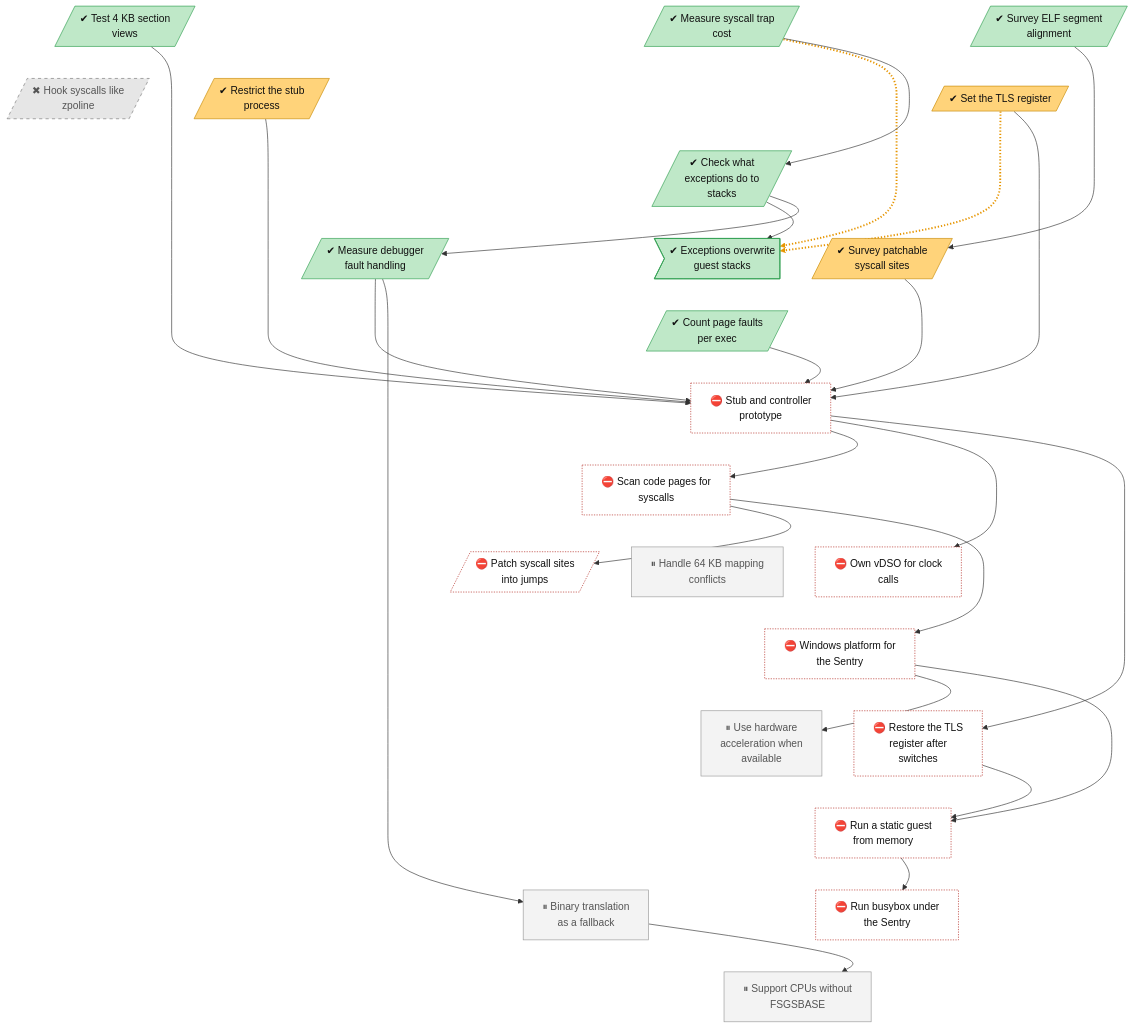
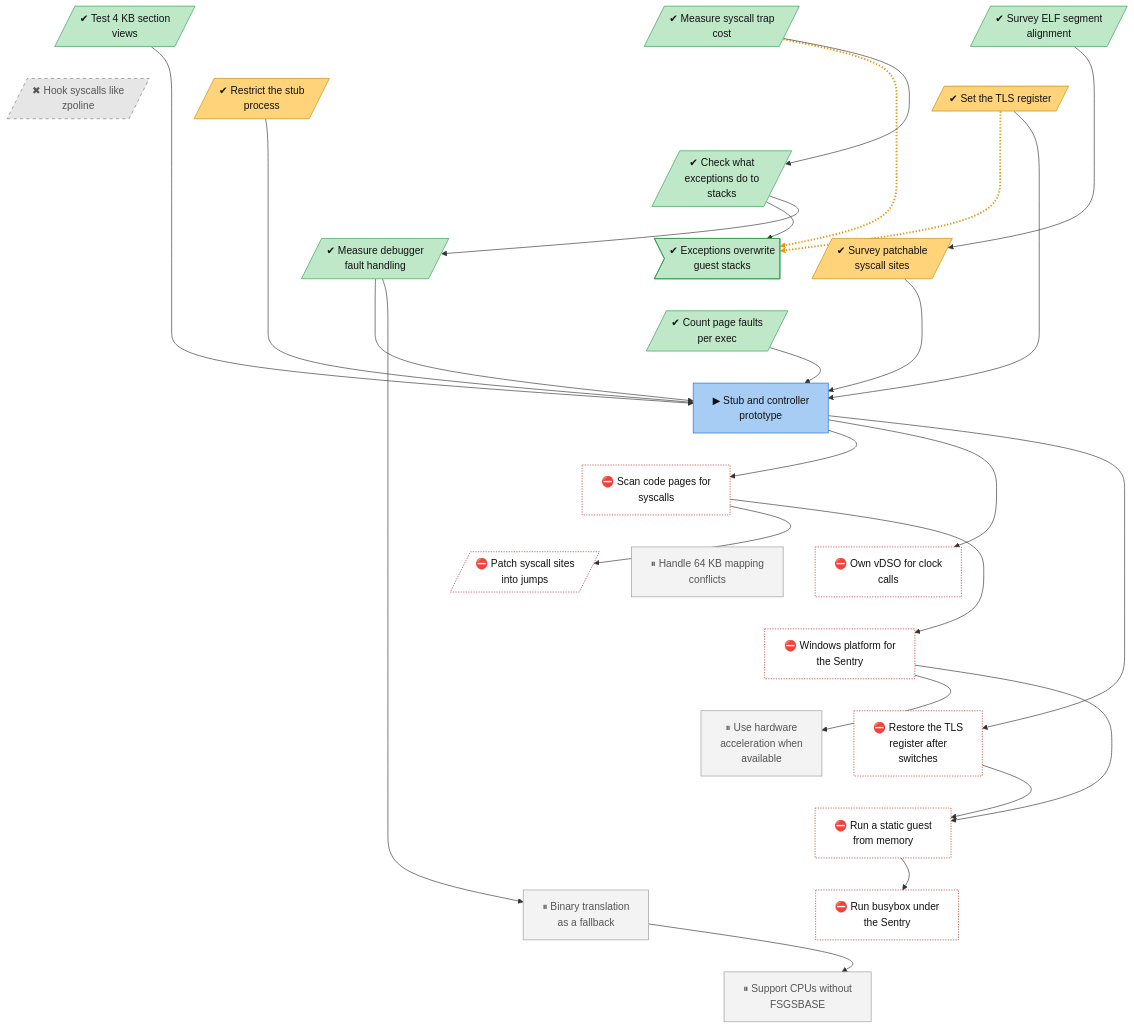
One commit to lhns/gvisor-windows changed the diagram in docs/roadmap/tracks/platform.md. Above: the diagram before and after it, drawn with Mermaid. The commit also changed other lines of this file and 3 other files, not shown here.

Commit message:
Start the stub and controller prototype

````diff
--- a/docs/roadmap/tracks/platform.md
+++ b/docs/roadmap/tracks/platform.md
@@ -20,7 +20,7 @@
     platform_debug_event_cost[/"✔ Measure debugger<br/>fault handling"/]
     platform_syscall_site_survey[/"✔ Survey patchable<br/>syscall sites"/]
     platform_faults_per_exec[/"✔ Count page faults<br/>per exec"/]
-    platform_stub_controller["⛔ Stub and controller<br/>prototype"]
+    platform_stub_controller["▶ Stub and controller<br/>prototype"]
     platform_page_verification["⛔ Scan code pages for<br/>syscalls"]
     platform_syscall_fast_path[/"⛔ Patch syscall sites<br/>into jumps"/]
     platform_own_vdso["⛔ Own vDSO for clock<br/>calls"]
@@ -101,6 +101,7 @@
     class platform_elf_alignment_survey,platform_trap_cost,platform_4k_section_views,platform_exception_stack,platform_veh_on_guest_stack_unsafe,platform_debug_event_cost,platform_faults_per_exec succ
     class platform_tls_register,platform_restricted_stub,platform_syscall_site_survey mixed
     class platform_zpoline_hooks dead
-    class platform_stub_controller,platform_page_verification,platform_syscall_fast_path,platform_own_vdso,platform_winstub,platform_fs_base_repair,platform_static_guest_from_memory,platform_busybox_on_windows blocked
+    class platform_stub_controller inprog
+    class platform_page_verification,platform_syscall_fast_path,platform_own_vdso,platform_winstub,platform_fs_base_repair,platform_static_guest_from_memory,platform_busybox_on_windows blocked
     class platform_64k_mapping_conflicts,platform_hardware_acceleration,platform_binary_translation_fallback,platform_no_fsgsbase_fallback parked
 ```
````
